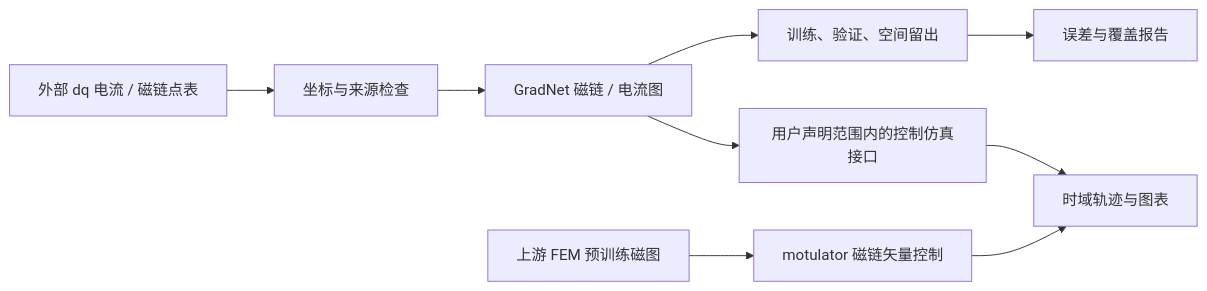
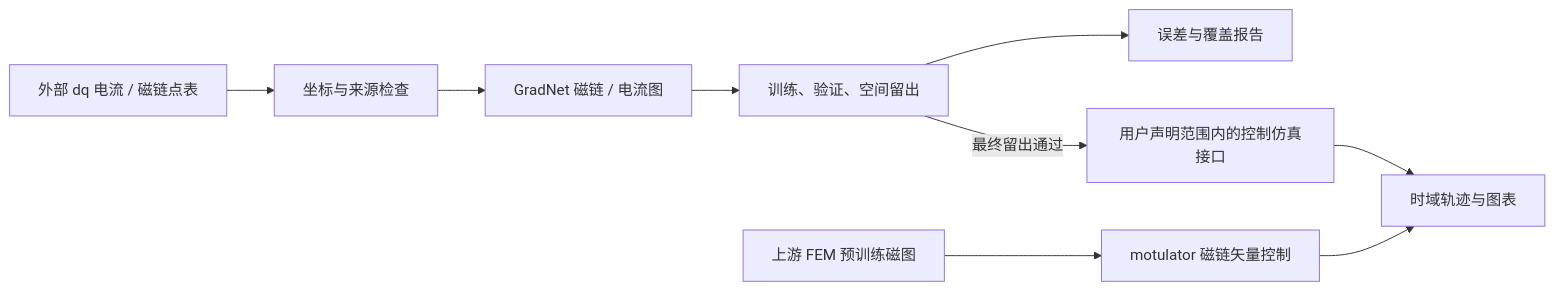
One commit to lse872317312010/open-engineering-agent-lab changed the diagram in docs/p8-motor-progress-2026-11-18.md. Above: the diagram before and after it, drawn with Mermaid. The commit also changed other lines of this file and 4 other files, not shown here.

````diff
--- a/docs/p8-motor-progress-2026-11-18.md
+++ b/docs/p8-motor-progress-2026-11-18.md
@@ -7,11 +7,11 @@
 ```mermaid
 flowchart LR
     A["外部 dq 电流 / 磁链点表"] --> B["坐标与来源检查"]
     B --> C["GradNet 磁链 / 电流图"]
     C --> D["训练、验证、空间留出"]
     D --> E["误差与覆盖报告"]
-    C --> I["用户声明范围内的控制仿真接口"]
+    D -->|"最终留出通过"| I["用户声明范围内的控制仿真接口"]
     I --> H
     F["上游 FEM 预训练磁图"] --> G["motulator 磁链矢量控制"]
     G --> H["时域轨迹与图表"]
 ```
````
